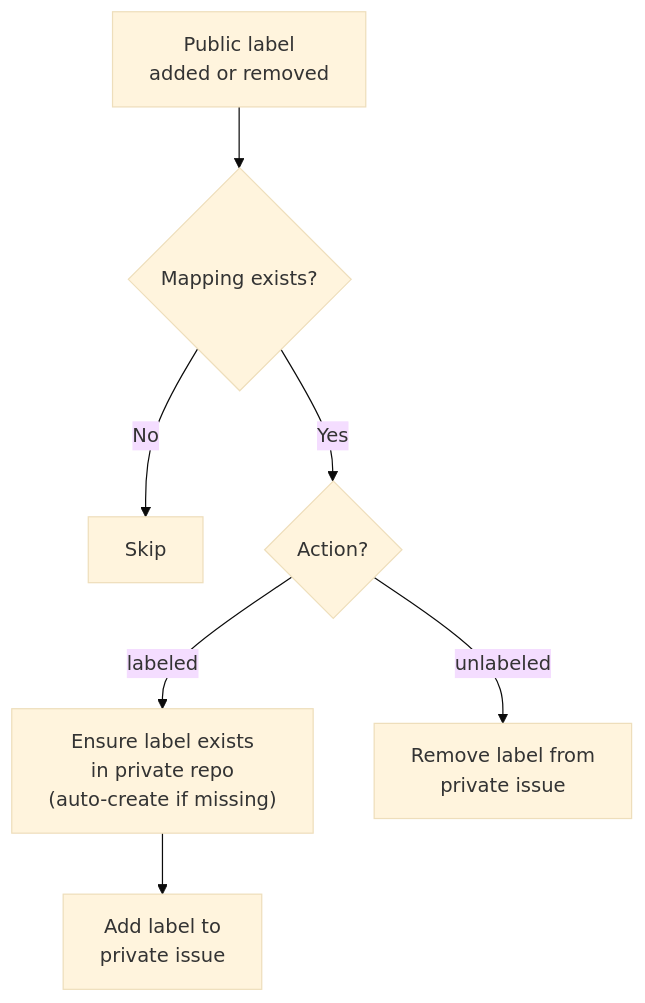
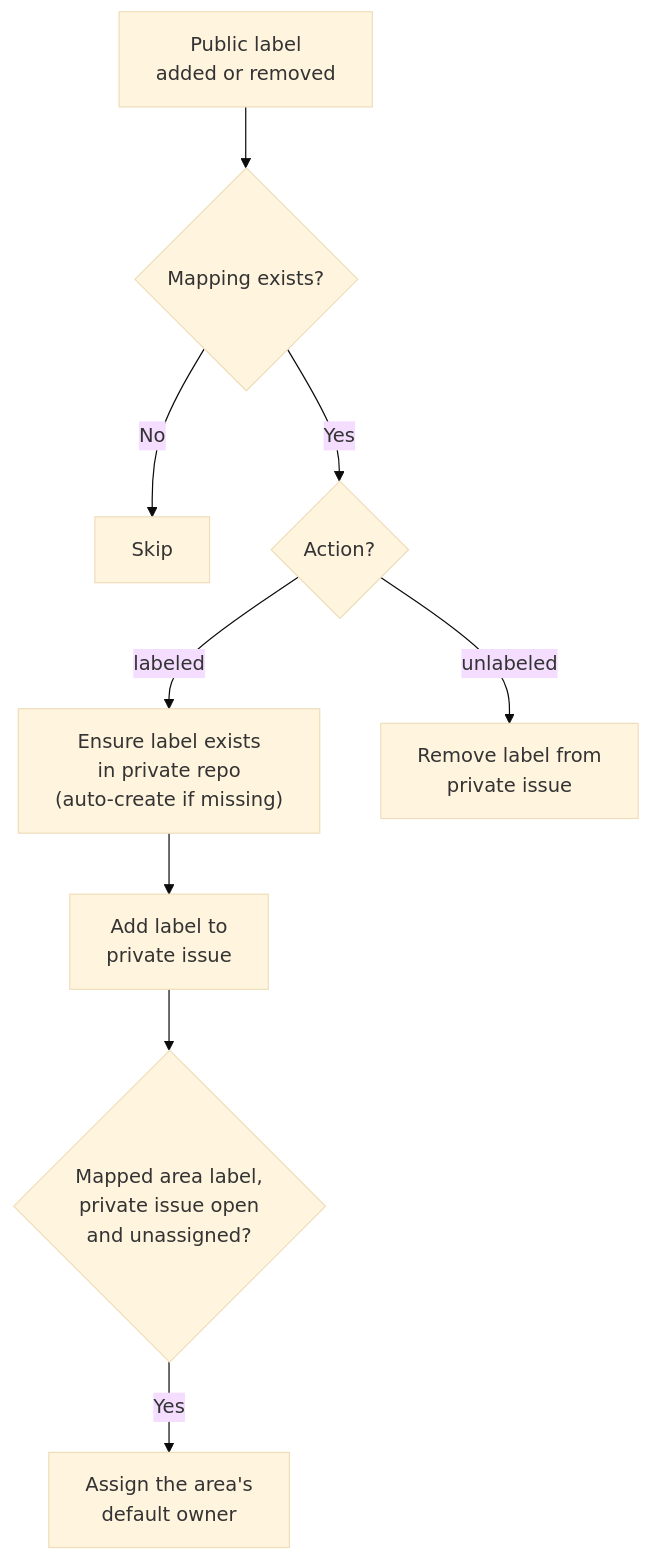
The ninth of 16 diagrams in FLOWS.md (Magma-Maths/lyrebird), drawn with Mermaid (base theme) before and after one commit. The commit also changed other lines of this file and 5 other files, not shown here.

````diff
--- a/FLOWS.md
+++ b/FLOWS.md
@@ -114,9 +116,11 @@
 ```mermaid
 flowchart TD
     A["Public label<br/>added or removed"] --> B{"Mapping exists?"}
     B -- No --> Z["Skip"]
     B -- Yes --> C{"Action?"}
     C -- labeled --> D["Ensure label exists<br/>in private repo<br/>(auto-create if missing)"]
     D --> E["Add label to<br/>private issue"]
+    E --> EA{"Mapped area label,<br/>private issue open<br/>and unassigned?"}
+    EA -- Yes --> EB["Assign the area's<br/>default owner"]
     C -- unlabeled --> F["Remove label from<br/>private issue"]
 ```
````
